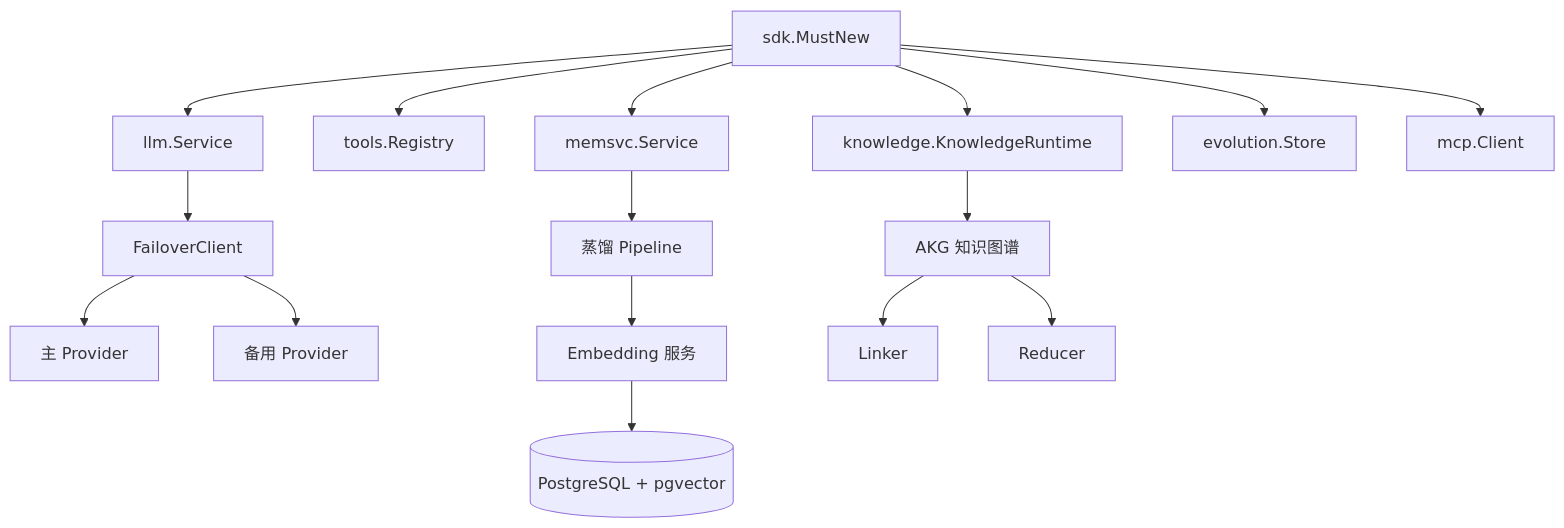
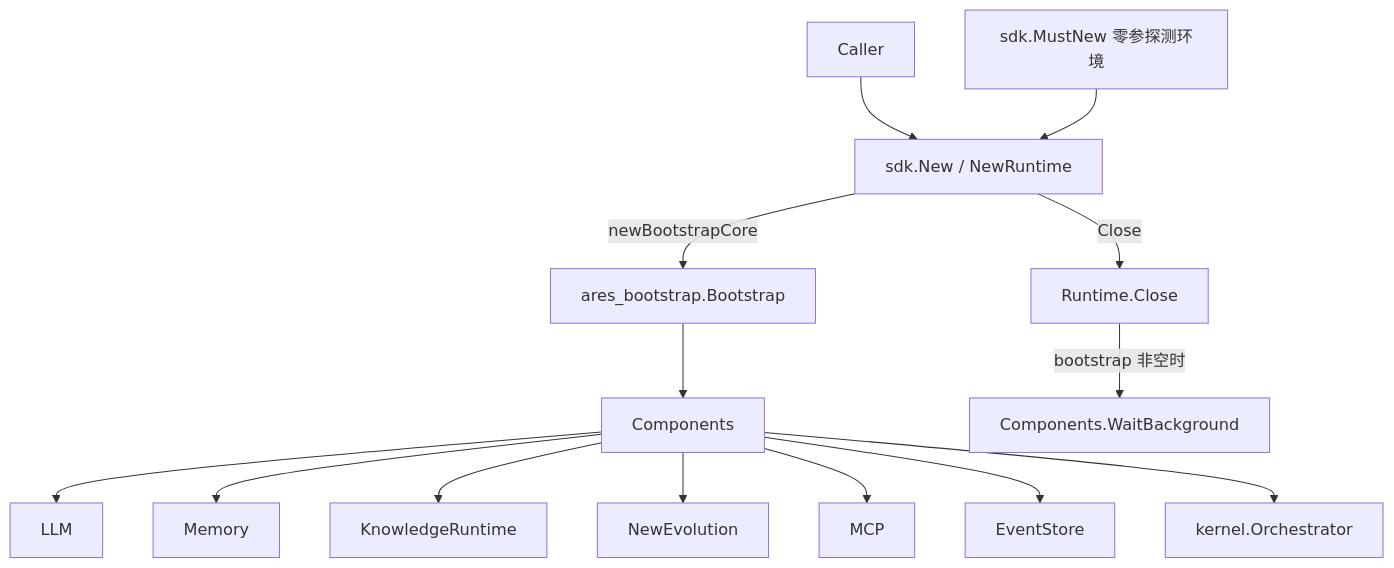
Before and after one commit to Timwood0x10/ARES: the third of 3 diagrams in docs/articles/zh/17-sdk-layer.md, drawn with Mermaid. The commit also changed other lines of this file and 2423 other files, not shown here.

````diff
--- a/docs/articles/zh/17-sdk-layer.md
+++ b/docs/articles/zh/17-sdk-layer.md
@@ -222,21 +278,16 @@
 ```mermaid
 graph TD
-    SDK[sdk.MustNew] --> LLM[llm.Service]
-    SDK --> Tools[tools.Registry]
-    SDK --> Mem[memsvc.Service]
-    SDK --> KH[knowledge.KnowledgeRuntime]
-    SDK --> EVO[evolution.Store]
-    SDK --> MCP[mcp.Client]
-
-    LLM --> Failover[FailoverClient]
-    Failover --> Primary[主 Provider]
-    Failover --> Fallback[备用 Provider]
-
-    Mem --> Distill[蒸馏 Pipeline]
-    Distill --> Embed[Embedding 服务]
-    Embed --> PG[(PostgreSQL + pgvector)]
-
-    KH --> AKG[AKG 知识图谱]
-    AKG --> Linker[Linker]
-    AKG --> Reducer[Reducer]
+    Caller[Caller] --> New[sdk.New / NewRuntime]
+    MustNew[sdk.MustNew 零参探测环境] --> New
+    New -->|newBootstrapCore| Bootstrap[ares_bootstrap.Bootstrap]
+    Bootstrap --> Components[Components]
+    Components --> LLM[LLM]
+    Components --> Mem[Memory]
+    Components --> KH[KnowledgeRuntime]
+    Components --> EVO[NewEvolution]
+    Components --> MCP[MCP]
+    Components --> Events[EventStore]
+    Components --> SRT[kernel.Orchestrator]
+    New -->|Close| Close[Runtime.Close]
+    Close -- bootstrap 非空时 --> WB[Components.WaitBackground]
 ```
````
